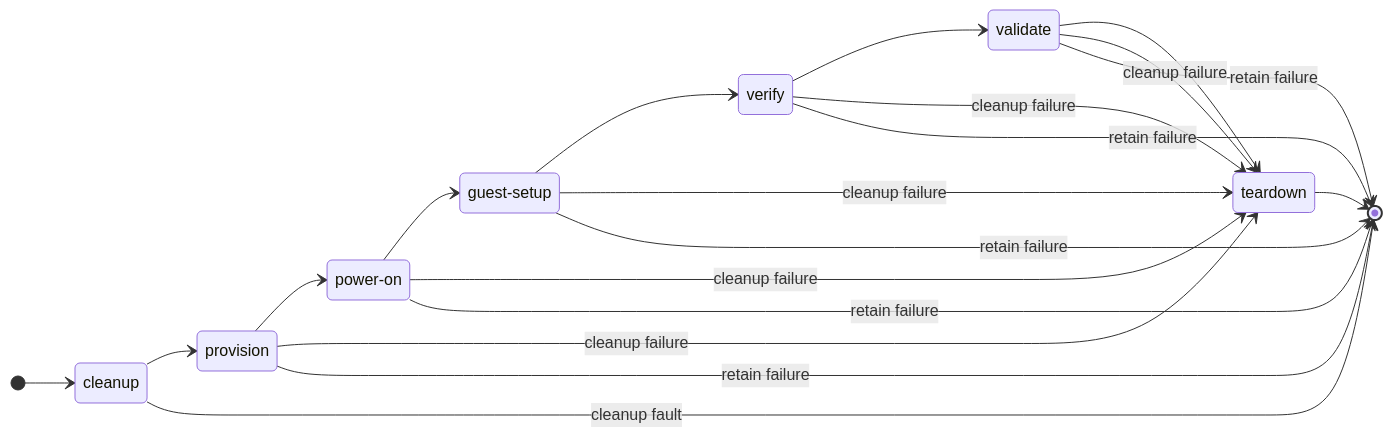
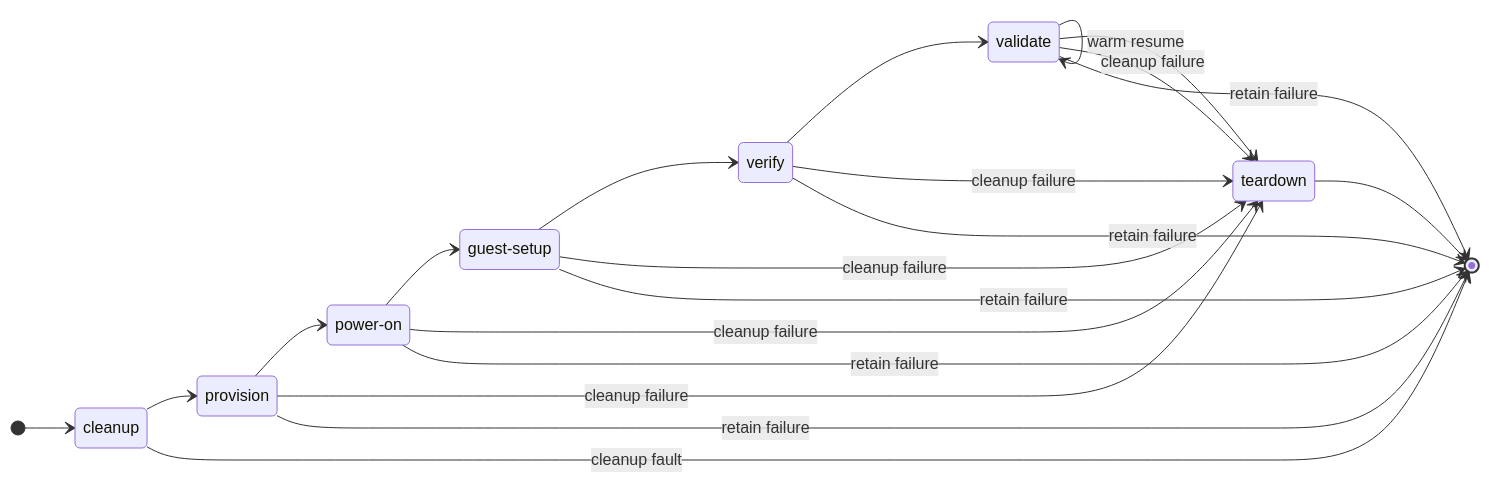
Before and after one commit to alissonsol/yuruna: the second of 2 diagrams in docs/design/04-lifecycle-state.md, drawn with Mermaid. The commit also changed other lines of this file and 849 other files, not shown here.

````diff
--- a/docs/design/04-lifecycle-state.md
+++ b/docs/design/04-lifecycle-state.md
@@ -62,33 +62,35 @@
 ```mermaid
 stateDiagram-v2
   direction LR
 
   state "cleanup" as cleanup
   state "provision" as provision
   state "power-on" as power_on
   state "guest-setup" as guest_setup
   state "verify" as verify
   state "validate" as validate
   state "teardown" as teardown
 
   [*] --> cleanup
   cleanup --> provision
   provision --> power_on
   power_on --> guest_setup
   guest_setup --> verify
   verify --> validate
+  %% optional -- eligible transient workloads resume within the same VM
+  validate --> validate: warm resume
   validate --> teardown
   teardown --> [*]
   cleanup --> [*]: cleanup fault
   provision --> teardown: cleanup failure
   power_on --> teardown: cleanup failure
   guest_setup --> teardown: cleanup failure
   verify --> teardown: cleanup failure
   validate --> teardown: cleanup failure
   %% optional -- stopOnFailure retains the guest for diagnosis
   provision --> [*]: retain failure
   power_on --> [*]: retain failure
   guest_setup --> [*]: retain failure
   verify --> [*]: retain failure
   validate --> [*]: retain failure
 ```
````
